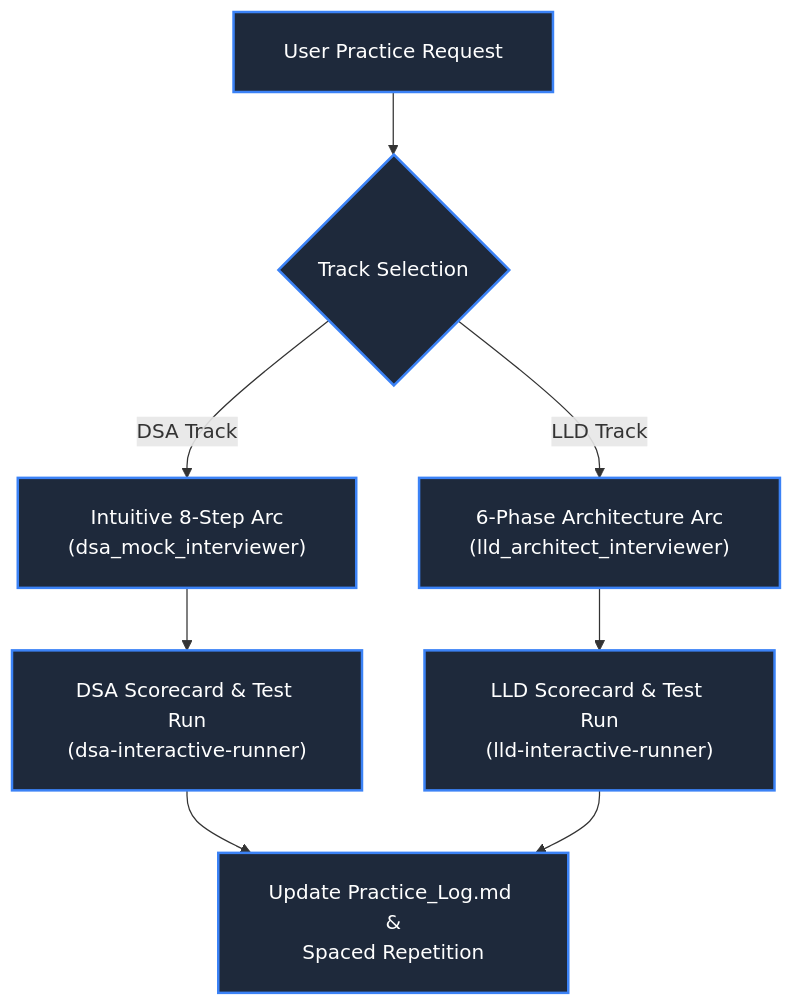
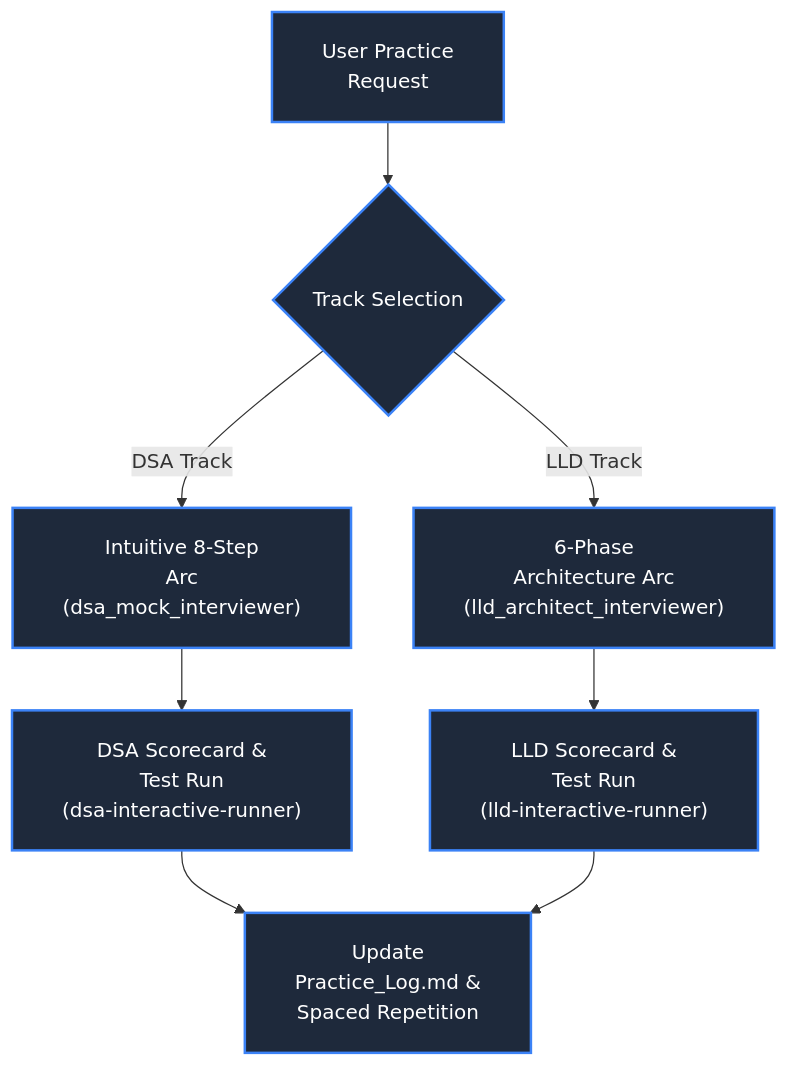
The diagram in .agents/skills/interview-practice-coach/SKILL.md (dip4k/DSA_102), drawn with Mermaid before and after one commit. The commit also changed 106 other files, not shown here.

First line of the commit message:
fix(mermaid): prevent text clipping with foreignObject overflow and tighter line wrapping

````diff
--- a/.agents/skills/interview-practice-coach/SKILL.md
+++ b/.agents/skills/interview-practice-coach/SKILL.md
@@ -18,15 +18,15 @@
 ```mermaid
-%%{init: {"flowchart": {"htmlLabels": true, "padding": 20}}}%%
+%%{init: {"flowchart": {"htmlLabels": true, "padding": 20}, "themeCSS": "foreignObject { overflow: visible !important; }"}}%%
 flowchart TD
-    Start["User Practice Request"] --> Track{"Track Selection"}
-    Track -->|"DSA Track"| DSA["Intuitive 8-Step Arc<br/>(dsa_mock_interviewer)"]
-    Track -->|"LLD Track"| LLD["6-Phase Architecture Arc<br/>(lld_architect_interviewer)"]
+    Start["User Practice<br/>Request"] --> Track{"Track Selection"}
+    Track -->|"DSA Track"| DSA["Intuitive 8-Step<br/>Arc<br/>(dsa_mock_interviewer)"]
+    Track -->|"LLD Track"| LLD["6-Phase<br/>Architecture Arc<br/>(lld_architect_interviewer)"]
 
-    DSA --> DSA_Eval["DSA Scorecard & Test Run<br/>(dsa-interactive-runner)"]
-    LLD --> LLD_Eval["LLD Scorecard & Test Run<br/>(lld-interactive-runner)"]
+    DSA --> DSA_Eval["DSA Scorecard &<br/>Test Run<br/>(dsa-interactive-runner)"]
+    LLD --> LLD_Eval["LLD Scorecard &<br/>Test Run<br/>(lld-interactive-runner)"]
 
-    DSA_Eval --> Log["Update Practice_Log.md &<br/>Spaced Repetition"]
+    DSA_Eval --> Log["Update<br/>Practice_Log.md &<br/>Spaced Repetition"]
     LLD_Eval --> Log
 
     classDef default fill:#1e293b,stroke:#3b82f6,stroke-width:2px,color:#ffffff
 ```
````
